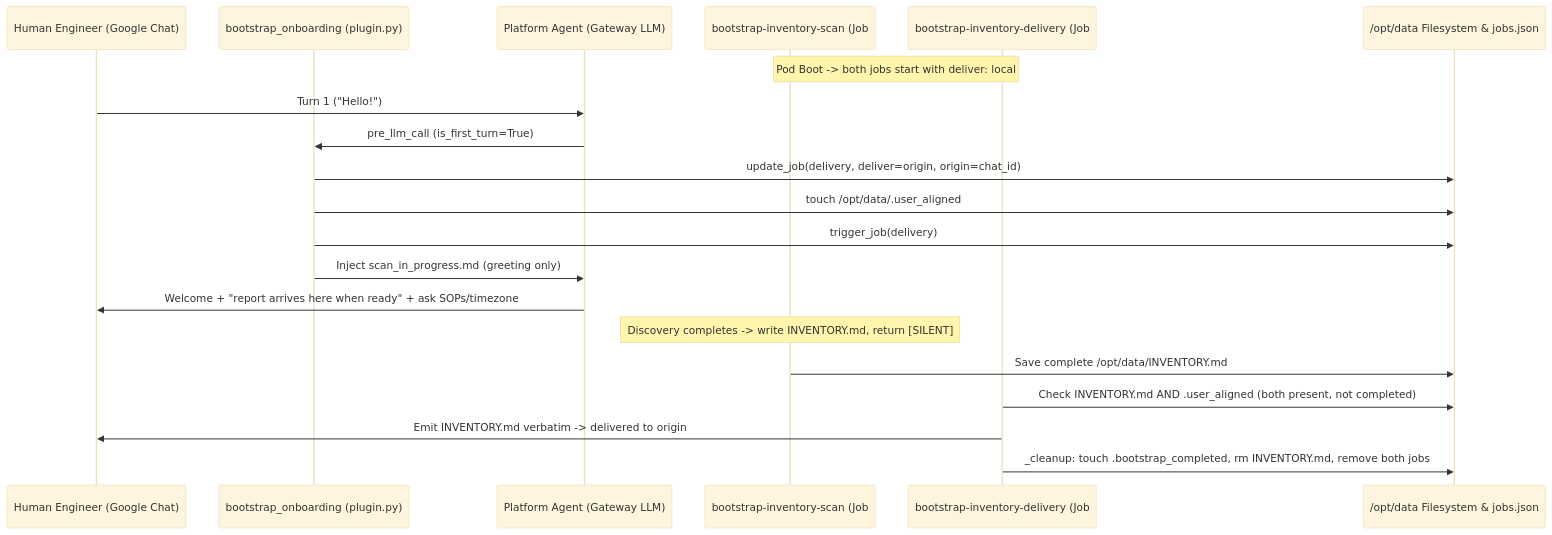
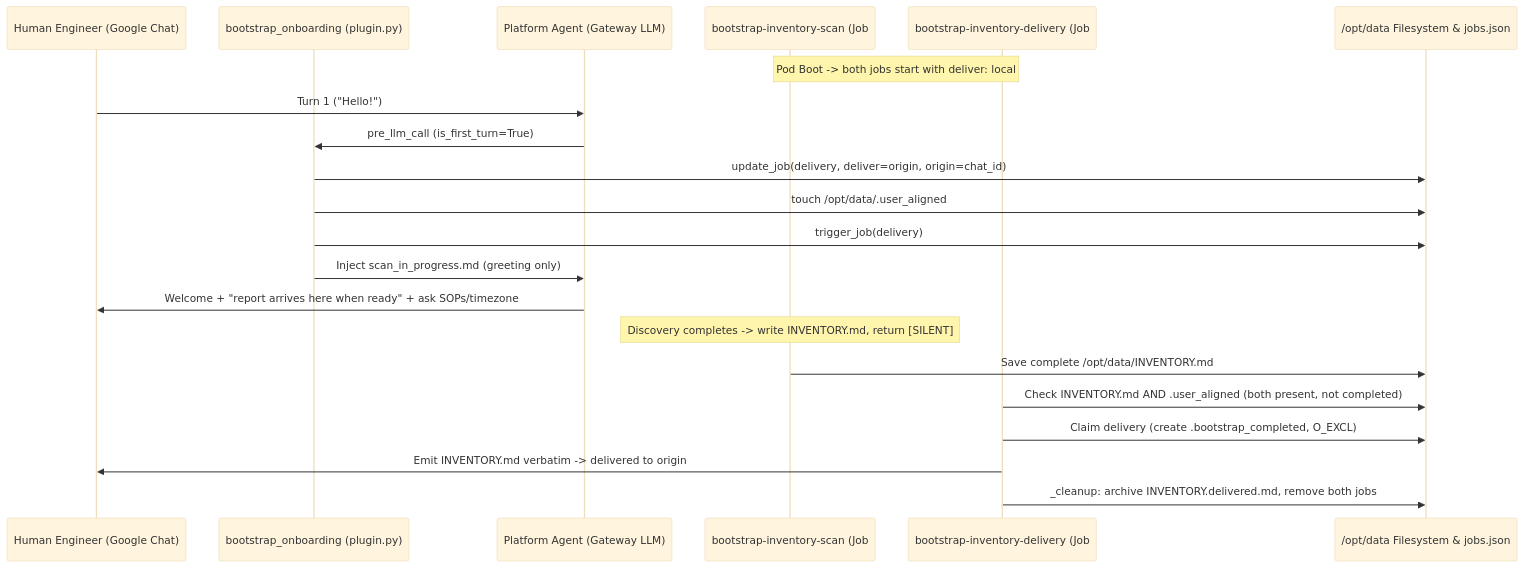
One commit to dshnayder/kube-agents changed the second of 3 diagrams in agents/chat/defaults/plugins/bootstrap_onboarding/README.md. Above: the diagram before and after it, drawn with Mermaid (base theme). The commit also changed other lines of this file and 6 other files, not shown here.

````diff
--- a/agents/chat/defaults/plugins/bootstrap_onboarding/README.md
+++ b/agents/chat/defaults/plugins/bootstrap_onboarding/README.md
@@ -77,23 +101,24 @@
 ```mermaid
 sequenceDiagram
     participant User as Human Engineer (Google Chat)
     participant Hook as bootstrap_onboarding (plugin.py)
     participant Agent as Platform Agent (Gateway LLM)
     participant Scan as bootstrap-inventory-scan (Job #1, LLM)
     participant Deliver as bootstrap-inventory-delivery (Job #2, no_agent script)
     participant Disk as /opt/data Filesystem & jobs.json
 
     Note over Scan,Deliver: Pod Boot -> both jobs start with deliver: local
     User->>Agent: Turn 1 ("Hello!")
     Agent->>Hook: pre_llm_call (is_first_turn=True)
     Hook->>Disk: update_job(delivery, deliver=origin, origin=chat_id)
     Hook->>Disk: touch /opt/data/.user_aligned
     Hook->>Disk: trigger_job(delivery)
     Hook->>Agent: Inject scan_in_progress.md (greeting only)
     Agent->>User: Welcome + "report arrives here when ready" + ask SOPs/timezone
     Note over Scan: Discovery completes -> write INVENTORY.md, return [SILENT]
     Scan->>Disk: Save complete /opt/data/INVENTORY.md
     Deliver->>Disk: Check INVENTORY.md AND .user_aligned (both present, not completed)
+    Deliver->>Disk: Claim delivery (create .bootstrap_completed, O_EXCL)
     Deliver->>User: Emit INVENTORY.md verbatim -> delivered to origin
-    Deliver->>Disk: _cleanup: touch .bootstrap_completed, rm INVENTORY.md, remove both jobs
+    Deliver->>Disk: _cleanup: archive INVENTORY.delivered.md, remove both jobs
 ```
````
